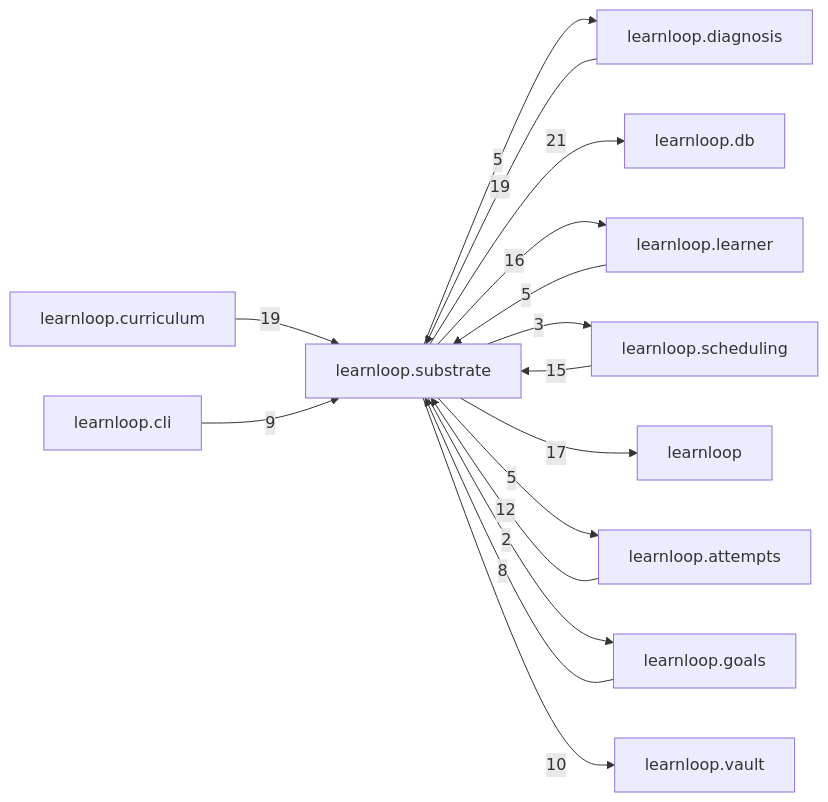
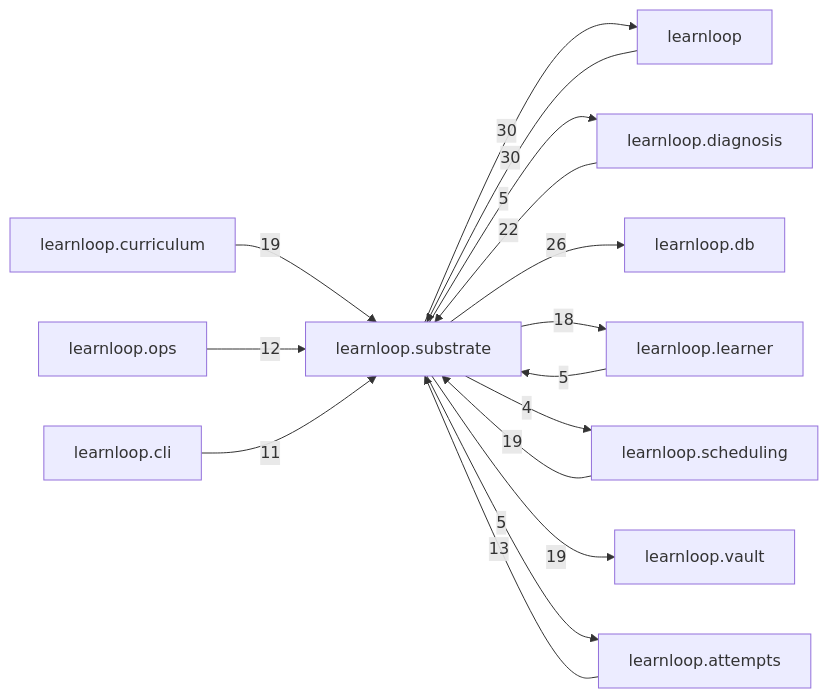
Before and after one commit to 6up-b/learnanything: the diagram in docs/learnloop-architecture-vault/Reference/Modules/learnloop/substrate/_package.md, drawn with Mermaid. The commit also changed other lines of this file and 1202 other files, not shown here.

````diff
--- a/docs/learnloop-architecture-vault/Reference/Modules/learnloop/substrate/_package.md
+++ b/docs/learnloop-architecture-vault/Reference/Modules/learnloop/substrate/_package.md
@@ -130,29 +164,29 @@
 ```mermaid
 flowchart LR
     center["learnloop.substrate"]
+    n_learnloop["learnloop"]
     n_learnloop_diagnosis["learnloop.diagnosis"]
     n_learnloop_db["learnloop.db"]
     n_learnloop_learner["learnloop.learner"]
+    n_learnloop_scheduling["learnloop.scheduling"]
     n_learnloop_curriculum["learnloop.curriculum"]
-    n_learnloop_scheduling["learnloop.scheduling"]
-    n_learnloop["learnloop"]
+    n_learnloop_vault["learnloop.vault"]
     n_learnloop_attempts["learnloop.attempts"]
-    n_learnloop_goals["learnloop.goals"]
-    n_learnloop_vault["learnloop.vault"]
+    n_learnloop_ops["learnloop.ops"]
     n_learnloop_cli["learnloop.cli"]
-    n_learnloop_diagnosis -->|19| center
+    n_learnloop -->|30| center
+    center -->|30| n_learnloop
+    n_learnloop_diagnosis -->|22| center
     center -->|5| n_learnloop_diagnosis
-    center -->|21| n_learnloop_db
+    center -->|26| n_learnloop_db
     n_learnloop_learner -->|5| center
-    center -->|16| n_learnloop_learner
+    center -->|18| n_learnloop_learner
+    n_learnloop_scheduling -->|19| center
+    center -->|4| n_learnloop_scheduling
     n_learnloop_curriculum -->|19| center
-    n_learnloop_scheduling -->|15| center
-    center -->|3| n_learnloop_scheduling
-    center -->|17| n_learnloop
-    n_learnloop_attempts -->|12| center
+    center -->|19| n_learnloop_vault
+    n_learnloop_attempts -->|13| center
     center -->|5| n_learnloop_attempts
-    n_learnloop_goals -->|8| center
-    center -->|2| n_learnloop_goals
-    center -->|10| n_learnloop_vault
-    n_learnloop_cli -->|9| center
+    n_learnloop_ops -->|12| center
+    n_learnloop_cli -->|11| center
 ```
````
